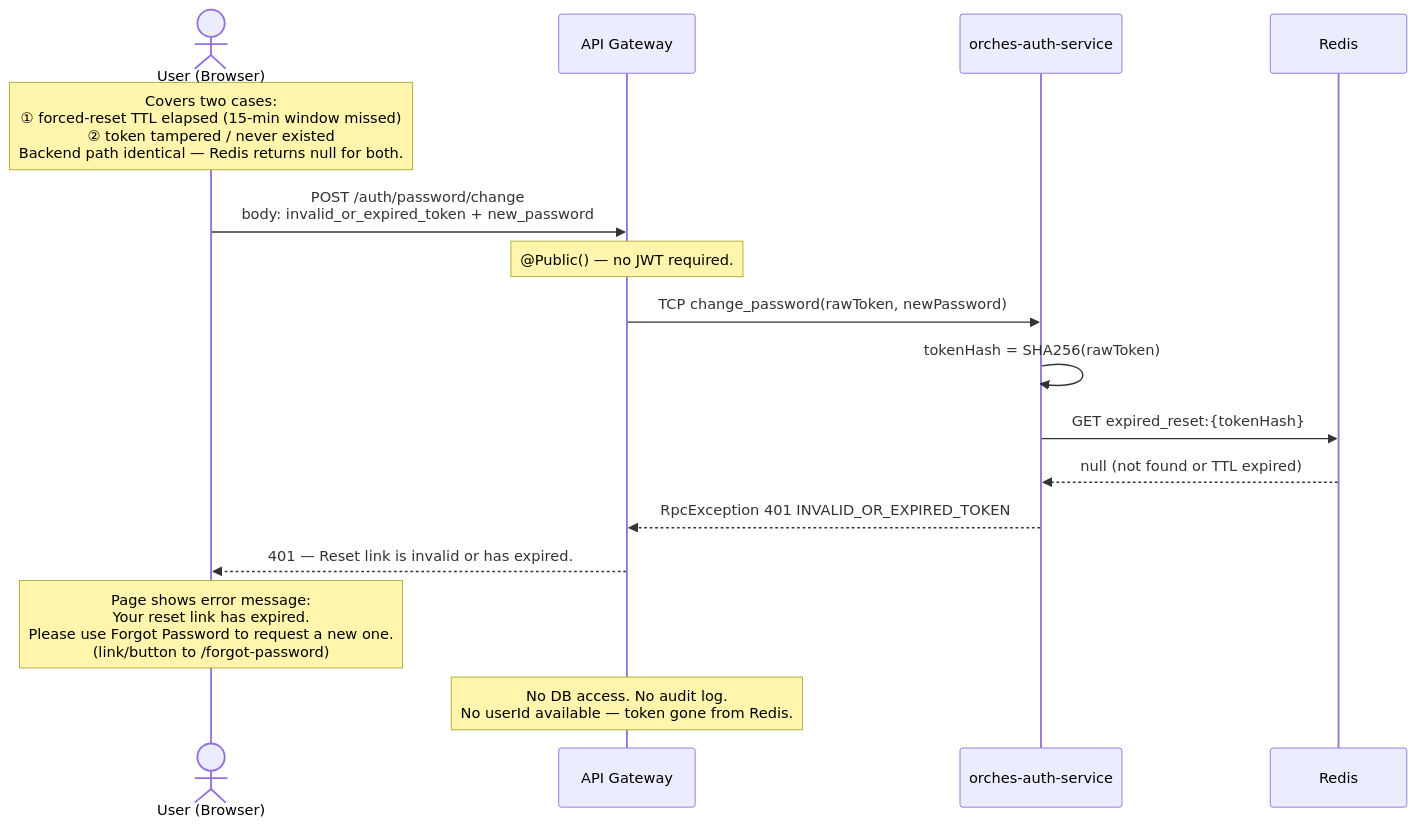
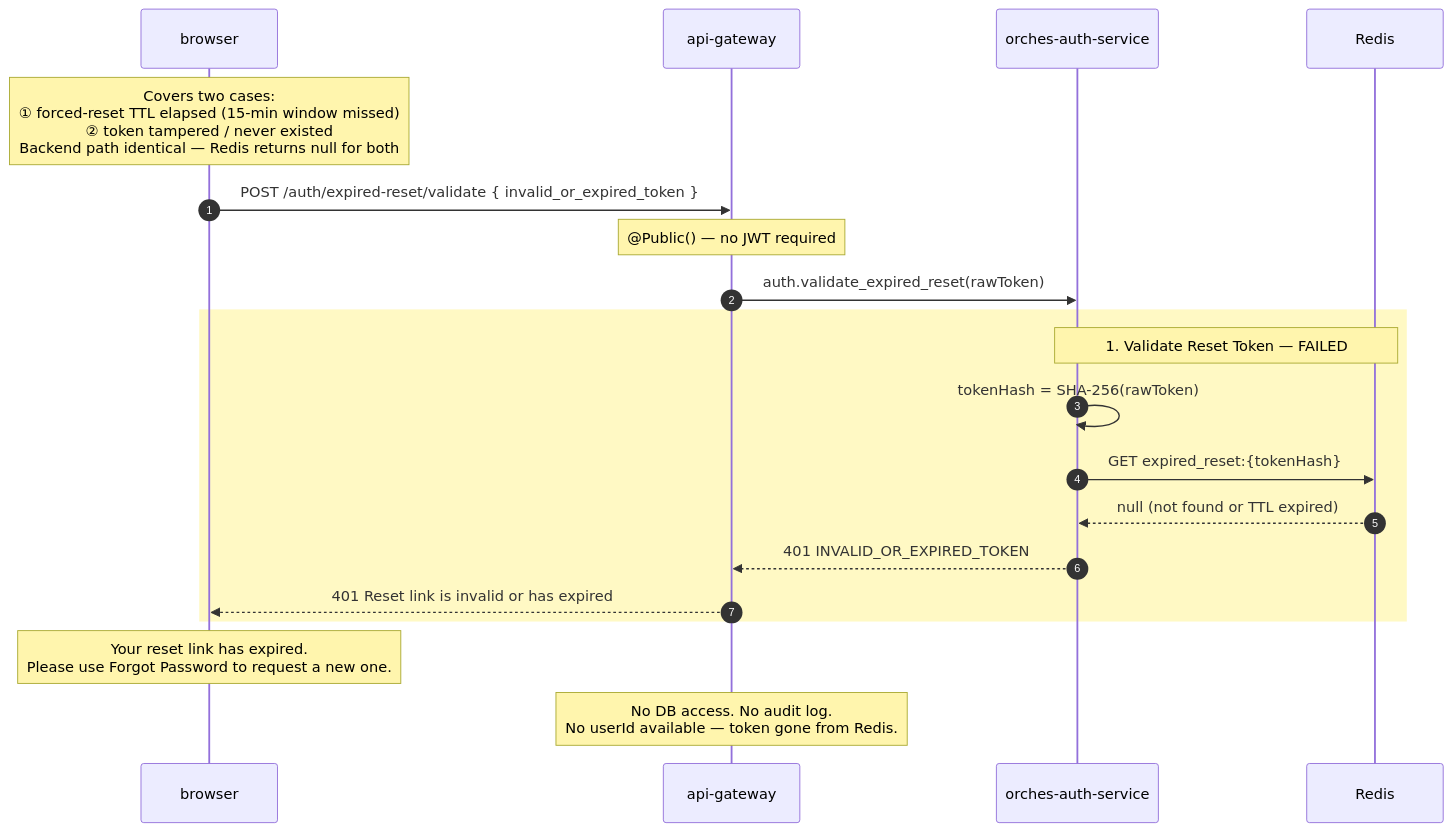
One commit to Peerapatfc/ACE-Planning changed the third of 3 diagrams in Omnichat/EPIC-ACE-1970/diagrams/ACE-2050_SEQ_Force_Change_Password.md. Above: the diagram before and after it, drawn with Mermaid. The commit also changed other lines of this file and 9 other files, not shown here.

First line of the commit message:
docs: add auth flow diagrams and SLA epic documentation

````diff
--- a/Omnichat/EPIC-ACE-1970/diagrams/ACE-2050_SEQ_Force_Change_Password.md
+++ b/Omnichat/EPIC-ACE-1970/diagrams/ACE-2050_SEQ_Force_Change_Password.md
@@ -136,26 +170,29 @@
 ```mermaid
 sequenceDiagram
-    actor User as User (Browser)
-    participant GW as API Gateway
-    participant Auth as orches-auth-service
-    participant Redis as Redis
+    autonumber
+    participant FE as browser
+    participant GW as api-gateway
+    participant AUTH as orches-auth-service
+    participant R as Redis
 
-    Note over User: Covers two cases:<br/>① forced-reset TTL elapsed (15-min window missed)<br/>② token tampered / never existed<br/>Backend path identical — Redis returns null for both.
+    Note over FE: Covers two cases:<br/>① forced-reset TTL elapsed (15-min window missed)<br/>② token tampered / never existed<br/>Backend path identical — Redis returns null for both
 
-    User->>GW: POST /auth/password/change<br/>body: invalid_or_expired_token + new_password
+    FE->>GW: POST /auth/expired-reset/validate { invalid_or_expired_token }
+    Note over GW: @Public() — no JWT required
 
-    Note over GW: @Public() — no JWT required.
+    GW->>AUTH: auth.validate_expired_reset(rawToken)
 
-    GW->>Auth: TCP change_password(rawToken, newPassword)
+    rect rgb(255,249,196)
+    Note over AUTH,R: 1. Validate Reset Token — FAILED
 
-    Auth->>Auth: tokenHash = SHA256(rawToken)
-    Auth->>Redis: GET expired_reset:{tokenHash}
-    Redis-->>Auth: null (not found or TTL expired)
+    AUTH->>AUTH: tokenHash = SHA-256(rawToken)
+    AUTH->>R: GET expired_reset:{tokenHash}
+    R-->>AUTH: null (not found or TTL expired)
 
-    Auth-->>GW: RpcException 401 INVALID_OR_EXPIRED_TOKEN
-    GW-->>User: 401 — Reset link is invalid or has expired.
+    AUTH-->>GW: 401 INVALID_OR_EXPIRED_TOKEN
+    GW-->>FE: 401 Reset link is invalid or has expired
+    end
 
-    Note over User: Page shows error message:<br/>Your reset link has expired.<br/>Please use Forgot Password to request a new one.<br/>(link/button to /forgot-password)
-
+    Note over FE: Your reset link has expired.<br/>Please use Forgot Password to request a new one.
     Note over GW: No DB access. No audit log.<br/>No userId available — token gone from Redis.
 ```
````
